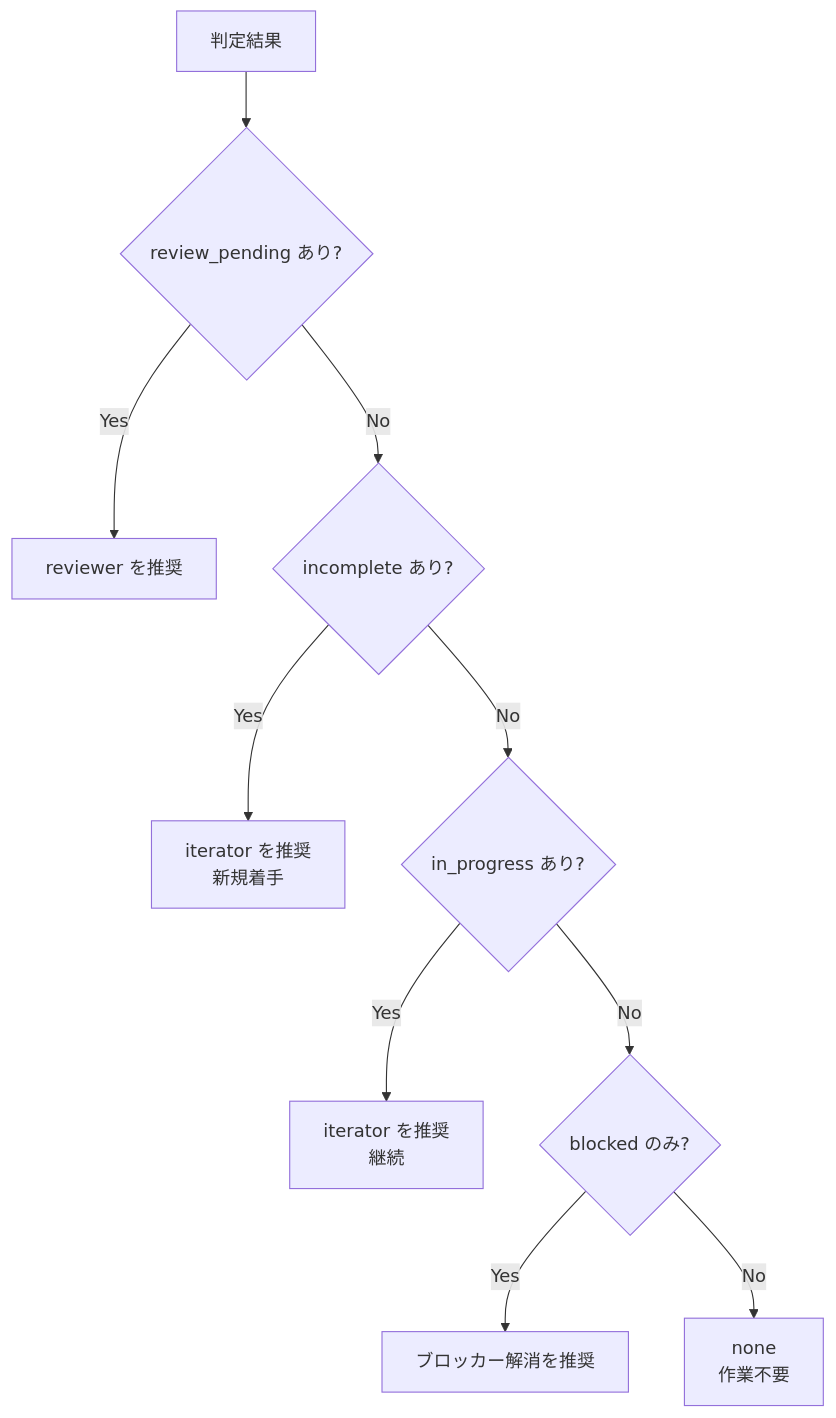
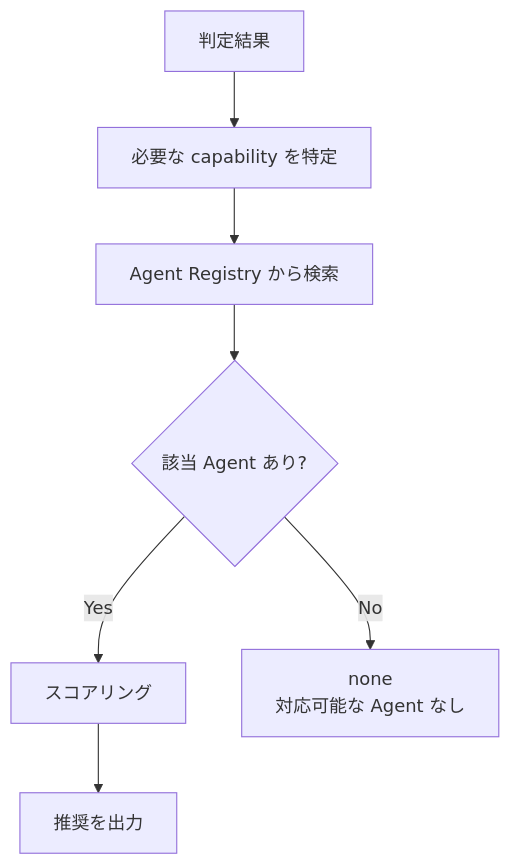
One commit to tettuan/climpt changed the seventh of 7 diagrams in .agent/facilitator/README.md. Above: the diagram before and after it, drawn with Mermaid. The commit also changed other lines of this file, not shown here.

````diff
--- a/.agent/facilitator/README.md
+++ b/.agent/facilitator/README.md
@@ -268,16 +369,11 @@
 ```mermaid
 flowchart TD
-    START[判定結果] --> Q1{review_pending あり?}
+    START[判定結果] --> MATCH[必要な capability を特定]
+    MATCH --> SEARCH[Agent Registry から検索]
+    SEARCH --> FOUND{該当 Agent あり?}
 
-    Q1 -->|Yes| REV[reviewer を推奨]
-    Q1 -->|No| Q2{incomplete あり?}
+    FOUND -->|Yes| SCORE[スコアリング]
+    FOUND -->|No| NONE[none<br/>対応可能な Agent なし]
 
-    Q2 -->|Yes| ITER_START[iterator を推奨<br/>新規着手]
-    Q2 -->|No| Q3{in_progress あり?}
-
-    Q3 -->|Yes| ITER_CONT[iterator を推奨<br/>継続]
-    Q3 -->|No| Q4{blocked のみ?}
-
-    Q4 -->|Yes| BLOCK[ブロッカー解消を推奨]
-    Q4 -->|No| NONE[none<br/>作業不要]
+    SCORE --> OUTPUT[推奨を出力]
 ```
````
